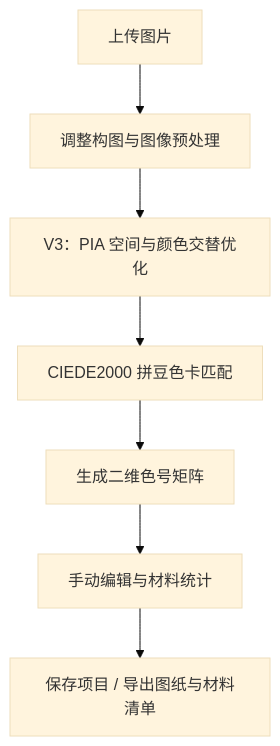
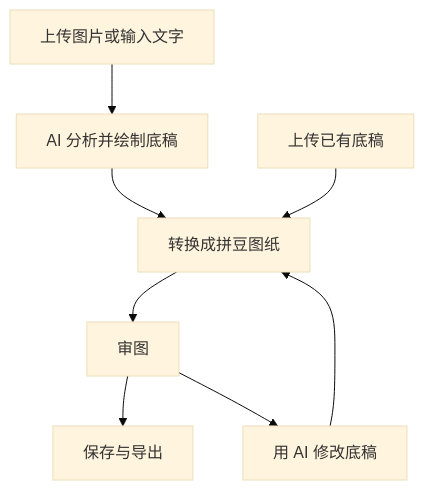
The diagram in README.md (yuihigamayui/BeadStudio), drawn with Mermaid (base theme) before and after one commit. The commit also changed other lines of this file and 35 other files, not shown here.

````diff
--- a/README.md
+++ b/README.md
@@ -39,9 +50,10 @@
 ```mermaid
 flowchart TD
-    A[上传图片] --> B[调整构图与图像预处理]
-    B --> C[V3：PIA 空间与颜色交替优化]
-    C --> D[CIEDE2000 拼豆色卡匹配]
-    D --> E[生成二维色号矩阵]
-    E --> F[手动编辑与材料统计]
-    F --> G[保存项目 / 导出图纸与材料清单]
+    A[上传图片或输入文字] --> B[AI 分析并绘制底稿]
+    B --> C[转换成拼豆图纸]
+    H[上传已有底稿] --> C
+    C --> D[审图]
+    D --> E[保存与导出]
+    D --> F[用 AI 修改底稿]
+    F --> C
 ```
````
